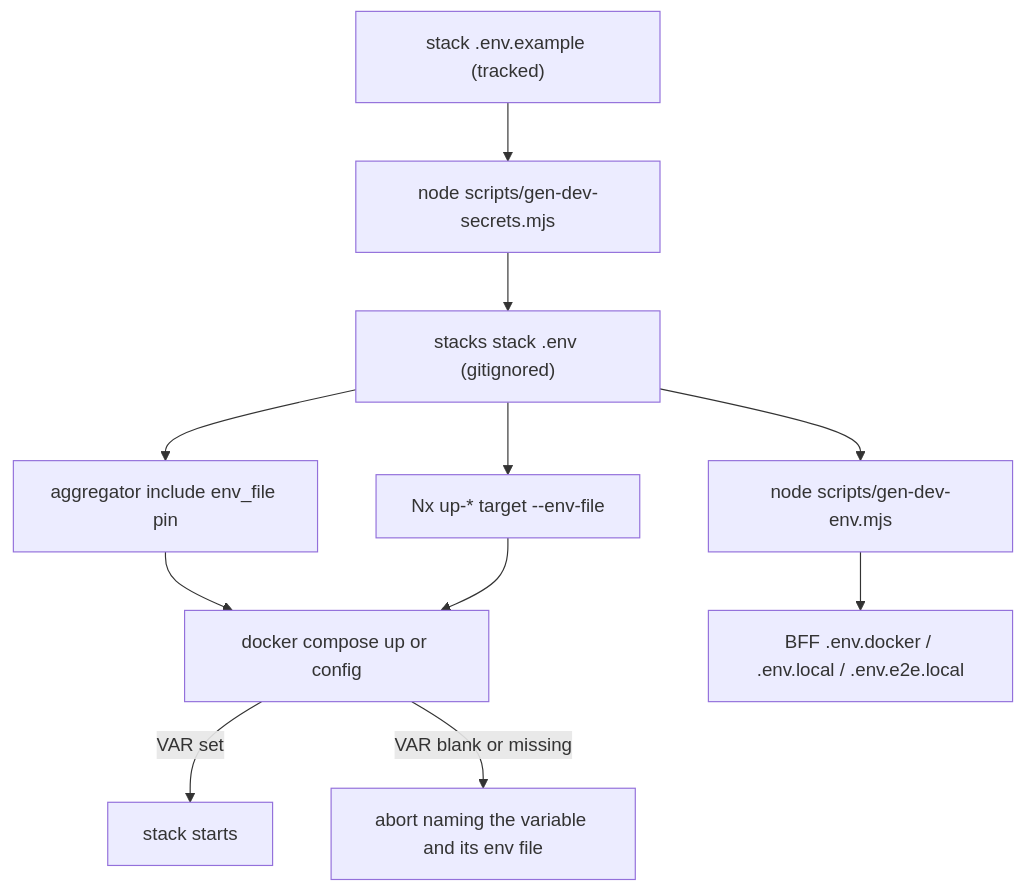
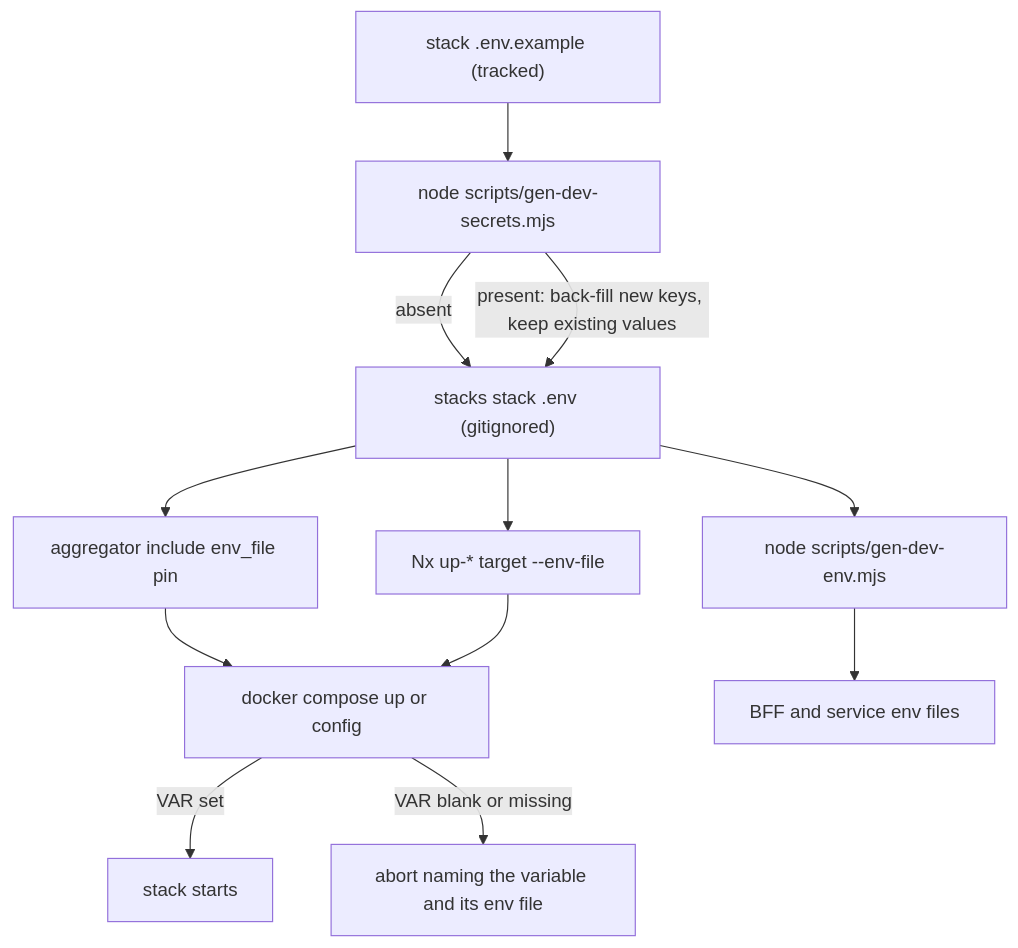
Before and after one commit to jumbleknot/MovieCollectionManager: the diagram in openwiki/projects/stacks.md, drawn with Mermaid. The commit also changed other lines of this file and 7 other files, not shown here.

````diff
--- a/openwiki/projects/stacks.md
+++ b/openwiki/projects/stacks.md
@@ -149,13 +149,14 @@
 ```mermaid
 flowchart TD
   Tmpl["stack .env.example (tracked)"] --> Gen["node scripts/gen-dev-secrets.mjs"]
-  Gen --> Env["stacks stack .env (gitignored)"]
+  Gen -->|"absent"| Env["stacks stack .env (gitignored)"]
+  Gen -->|"present: back-fill new keys, keep existing values"| Env
   Env --> Inc["aggregator include env_file pin"]
   Env --> Nx["Nx up-* target --env-file"]
   Inc --> Compose["docker compose up or config"]
   Nx --> Compose
   Compose -->|"VAR set"| Up["stack starts"]
   Compose -->|"VAR blank or missing"| Abort["abort naming the variable and its env file"]
   Env --> Proj["node scripts/gen-dev-env.mjs"]
-  Proj --> Bff["BFF .env.docker / .env.local / .env.e2e.local"]
+  Proj --> Bff["BFF and service env files"]
 ```
````
